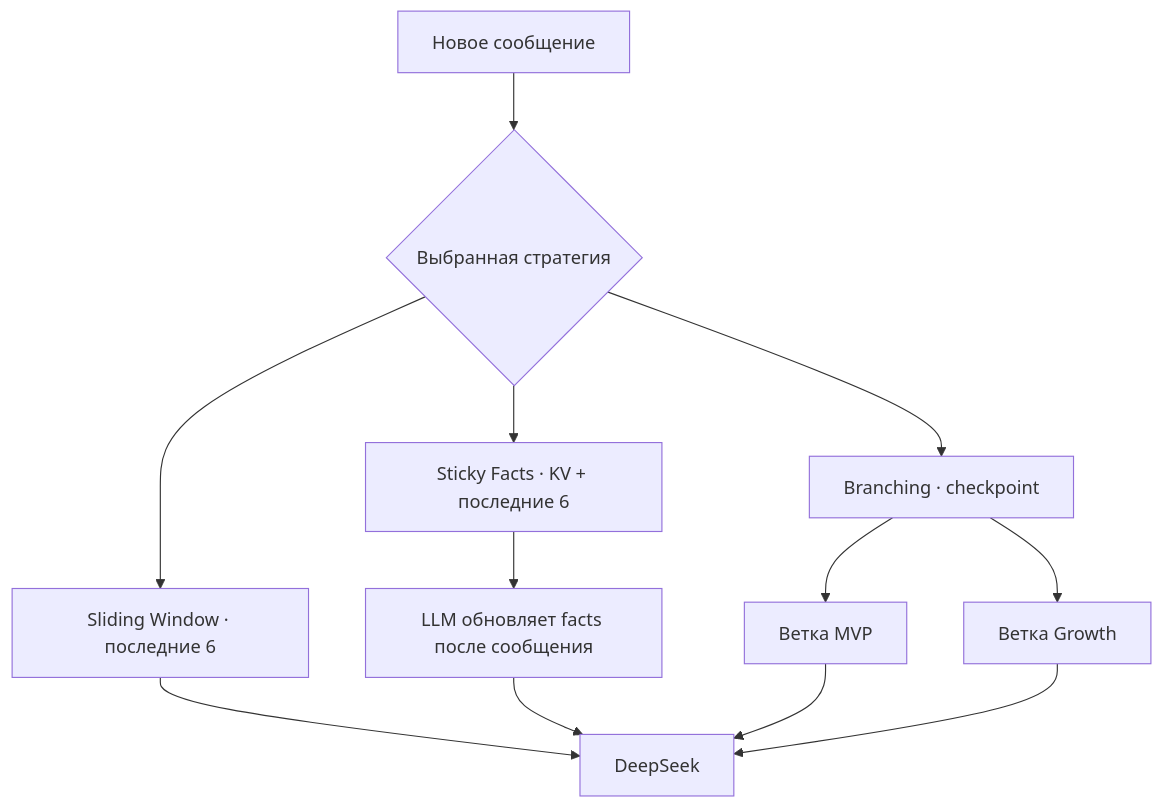
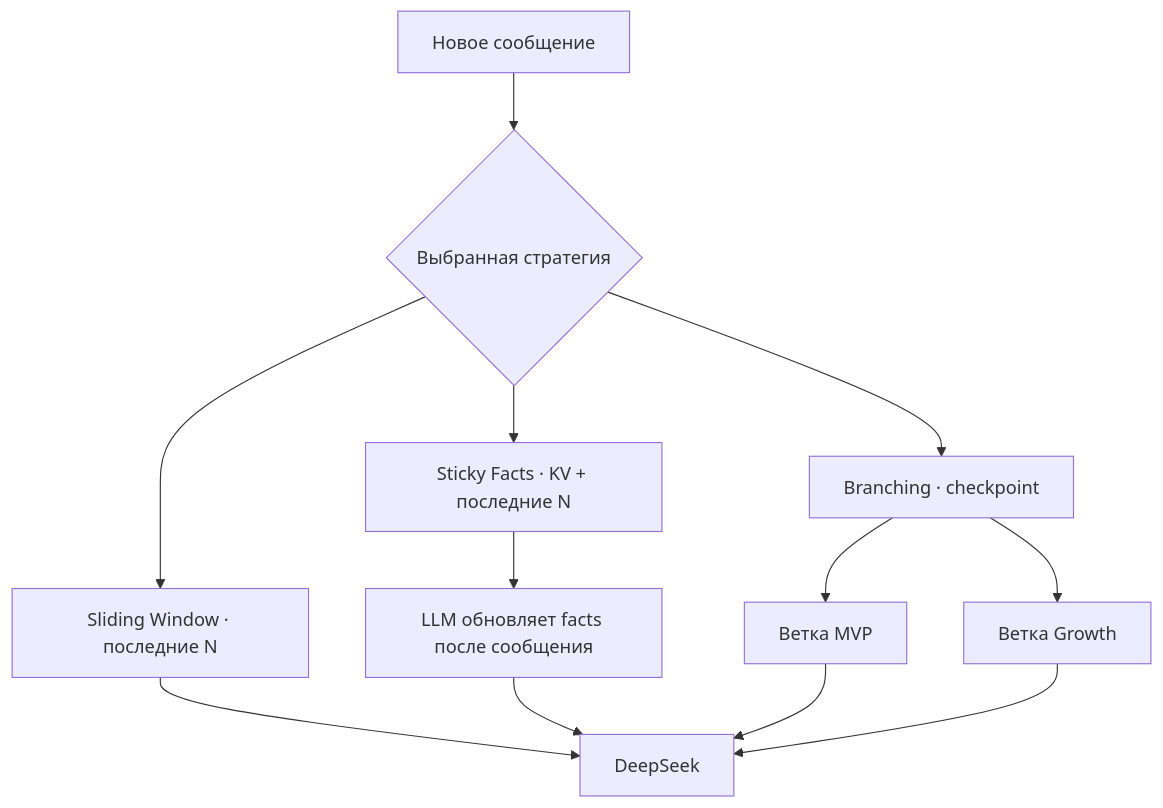
Before and after one commit to eugeneappledev-source/AI-Challenge: the diagram in challenges/day-10/README.md, drawn with Mermaid. The commit also changed other lines of this file and 16 other files, not shown here.

````diff
--- a/challenges/day-10/README.md
+++ b/challenges/day-10/README.md
@@ -28,14 +29,14 @@
 ```mermaid
 flowchart TD
     Input["Новое сообщение"] --> Select{"Выбранная стратегия"}
-    Select --> Window["Sliding Window · последние 6"]
-    Select --> Facts["Sticky Facts · KV + последние 6"]
+    Select --> Window["Sliding Window · последние N"]
+    Select --> Facts["Sticky Facts · KV + последние N"]
     Select --> Branch["Branching · checkpoint"]
     Facts --> Extract["LLM обновляет facts после сообщения"]
     Branch --> MVP["Ветка MVP"]
     Branch --> Growth["Ветка Growth"]
     Window --> LLM["DeepSeek"]
     Extract --> LLM
     MVP --> LLM
     Growth --> LLM
 ```
````
